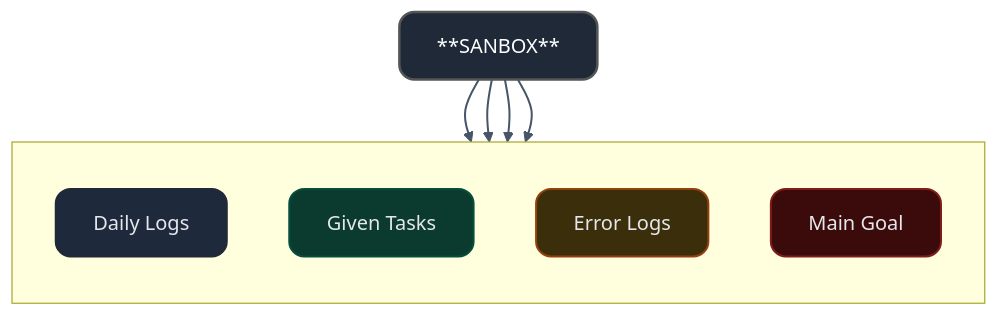
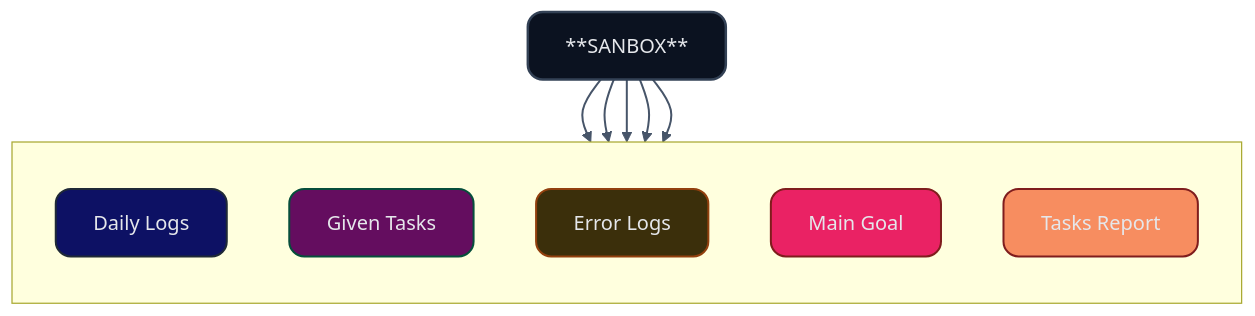
One commit to znach-lab/znach-lab changed the diagram in README.md. Above: the diagram before and after it, drawn with Mermaid.

````diff
--- a/README.md
+++ b/README.md
@@ -34,60 +34,56 @@
 ```mermaid
 %% Koyu tema + varsayılan renkler
 %% (İstersen 'fontFamily'ni değiştirebilirsin)
 %%{init: {'theme':'dark', 'themeVariables': {
   'primaryColor':'#0f172a',          /* arka plan baz */
   'primaryTextColor':'#e5e7eb',      /* yazı */
   'primaryBorderColor':'#334155',    /* kenar çizgisi */
   'lineColor':'#475569',
   'fontFamily':'Inter, ui-sans-serif, system-ui'
 }}}%%
 
 
 
 flowchart TD
     A["**SANBOX**"]
 
     subgraph S1[ ]
         direction TB
         DL["Daily Logs"]
         TS["Given Tasks"]
         AH["Error Logs"]
         EL["Main Goal"]
+        TR["Tasks Report"]
     end
 
     A --> DL
     A --> TS
     A --> AH
     A --> EL
-  
-    %% Renk ayarları
-    style A fill:#1f2937,stroke:#555,color:#fff
-    style DL fill:#2563eb,stroke:#1e3a8a,color:#fff
-    style TS fill:#059669,stroke:#064e3b,color:#fff
-    style AH fill:#d97706,stroke:#92400e,color:#fff
-    style EL fill:#dc2626,stroke:#7f1d1d,color:#fff  
+    A --> TR
   
     %% Tıklanabilir bağlantılar (kendi repo linklerinle değiştir)
     click DL "https://github.com/KULLANICI_ADI/daily-logs" "_blank"
     click TS "https://github.com/KULLANICI_ADI/tasks" "_blank"
     click AH "https://github.com/KULLANICI_ADI/main-goal" "_blank"
     click EL "https://github.com/KULLANICI_ADI/error-logs" "_blank"
+    click TR "https://github.com/KULLANICI_ADI/error-logs" "_blank"
 
     %% Genel sınıflar (yuvarlatılmış köşe + daha kalın çizgi)
     classDef root fill:#0b1220,stroke:#334155,stroke-width:2px,color:#e5e7eb,rx:12,ry:12;
     classDef card fill:#111827,stroke:#374151,stroke-width:1.6px,color:#e5e7eb,rx:12,ry:12;
 
     %% Kenar renkleri biraz daha belirgin
     linkStyle default stroke:#475569,stroke-width:1.6px;
 
     %% Atamalar
     class A root
-    class DL,TS,AH,EL card
+    class DL,TS,AH,EL,TR card
 
     %% Hafif vurgu istersen tek tek ton verebilirsin:
-    style DL fill:#1e293b,stroke:#1f2937,color:#e5e7eb
-    style TS fill:#0b3b2e,stroke:#064e3b,color:#e5e7eb
+    style DL fill:#0D1164,stroke:#1f2937,color:#e5e7eb
+    style TS fill:#640D5F,stroke:#064e3b,color:#e5e7eb
     style AH fill:#3b2f0b,stroke:#92400e,color:#e5e7eb
-    style EL fill:#3b0b0b,stroke:#7f1d1d,color:#e5e7eb
-
+    style EL fill:#EA2264,stroke:#7f1d1d,color:#e5e7eb
+    style TR fill:#F78D60,stroke:#7f1d1d,color:#e5e7eb
 ```
````
